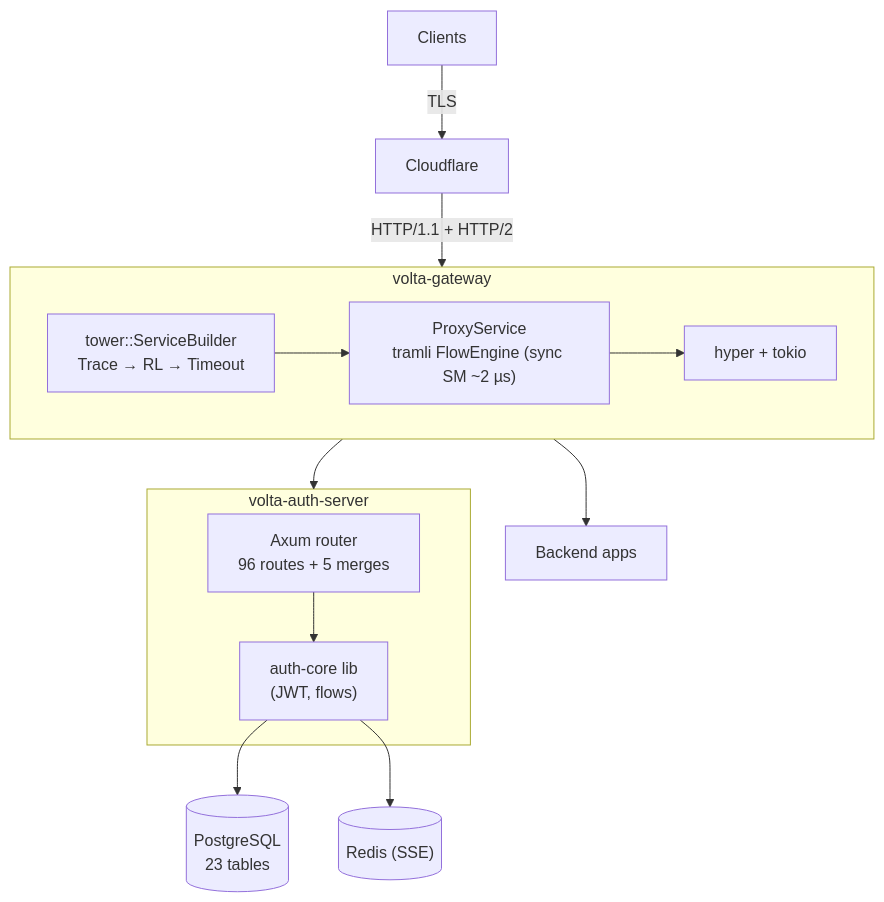
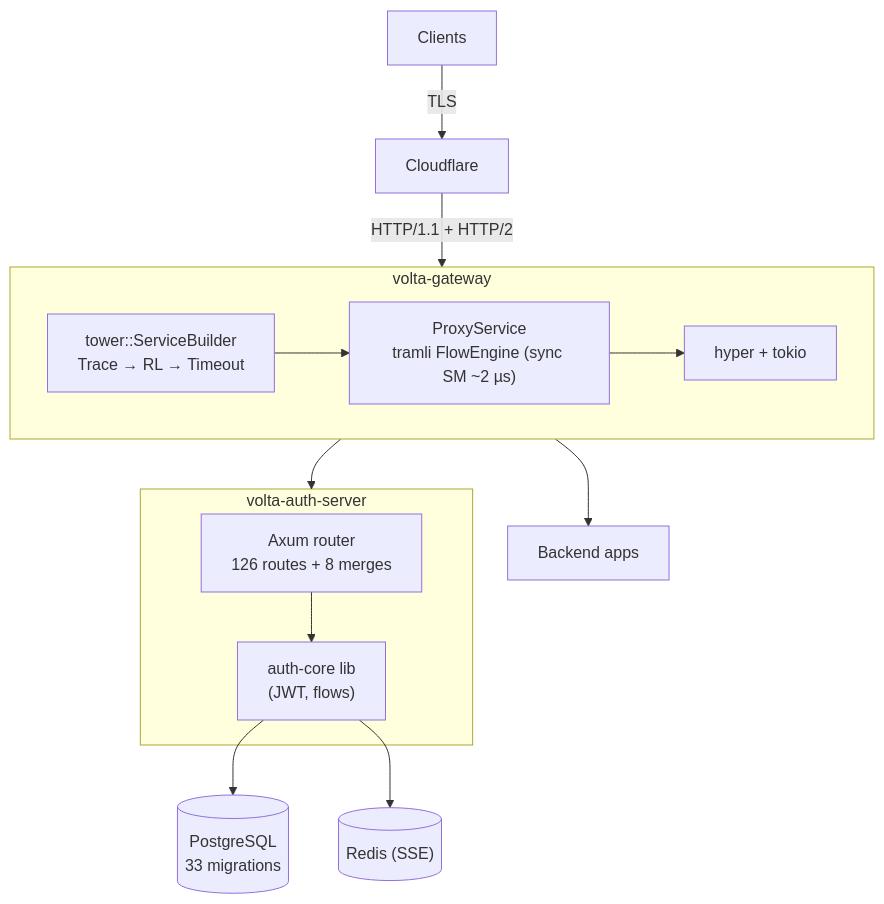
Before and after one commit to opaopa6969/volta-gateway: diagram 11 of 11 in spec/SPEC.md, drawn with Mermaid. The commit also changed other lines of this file and 38 other files, not shown here.

````diff
--- a/spec/SPEC.md
+++ b/spec/SPEC.md
@@ -2220,24 +2222,24 @@
 ```mermaid
 graph TB
     CLIENTS["Clients"] -->|"TLS"| CF["Cloudflare"]
     CF -->|"HTTP/1.1 + HTTP/2"| GW
 
     subgraph GW ["volta-gateway"]
         TOWER["tower::ServiceBuilder<br/>Trace → RL → Timeout"]
         PROXY["ProxyService<br/>tramli FlowEngine (sync SM ~2 µs)"]
         HYPER["hyper + tokio"]
         TOWER --> PROXY --> HYPER
     end
 
     GW --> AS
     GW --> BE["Backend apps"]
 
     subgraph AS ["volta-auth-server"]
-        AXUM["Axum router<br/>96 routes + 5 merges"]
+        AXUM["Axum router<br/>126 routes + 8 merges"]
         CORE["auth-core lib<br/>(JWT, flows)"]
         AXUM --> CORE
     end
 
-    CORE --> PG[("PostgreSQL<br/>23 tables")]
+    CORE --> PG[("PostgreSQL<br/>33 migrations")]
     CORE --> RD[("Redis (SSE)")]
 ```
````
